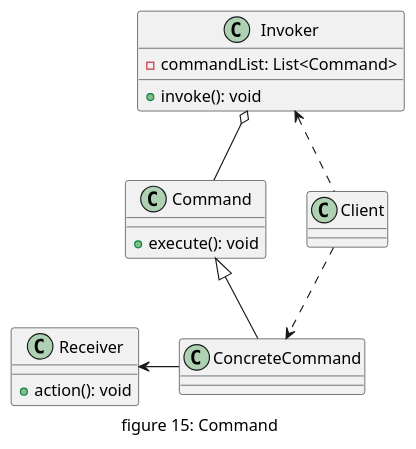
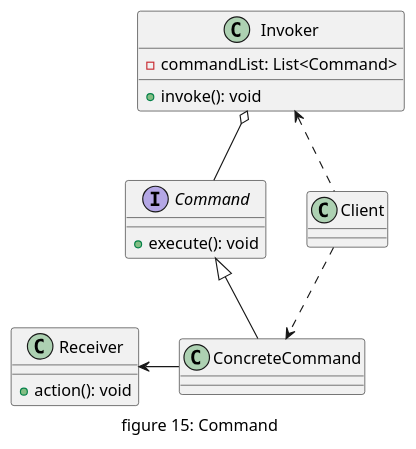
One commit to daileyet/designpattern4cplusplus changed the diagram in doc/uml/15_command.pu. Above: the diagram before and after it, drawn with PlantUML. The commit also changed 33 other files, not shown here.

Commit message:
add iterator and change uml before

```diff
--- a/doc/uml/15_command.pu
+++ b/doc/uml/15_command.pu
@@ -1,26 +1,26 @@
 @startuml "figure15_command"
 caption figure 15: Command
 
-class Command{
+interface Command{
     + execute(): void
 }
 
 class ConcreteCommand{}
 
 class Invoker{
     - commandList: List<Command>
     + invoke(): void
 }
 
 class Receiver{
     + action(): void
 }
 
 class Client{}
 
 Command <|-- ConcreteCommand
 Invoker o-right- Command
 Receiver  <-right- ConcreteCommand
 Client .up.> Invoker
 Client ..> ConcreteCommand
 @enduml
```
